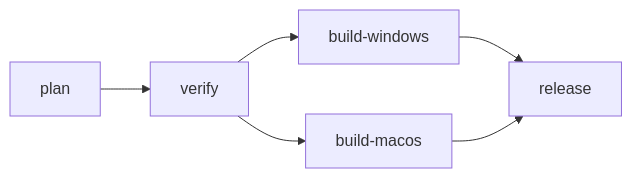
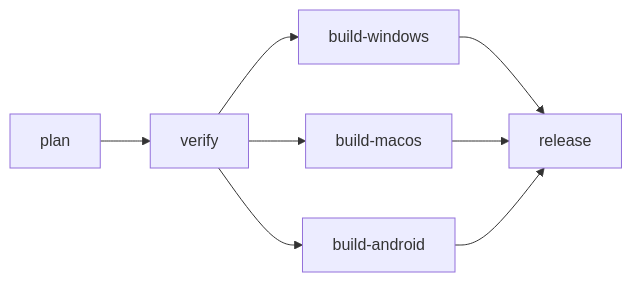
The second of 2 diagrams in docs/environment/setup.md (ousiassllc/swarm-viewer), drawn with Mermaid before and after one commit. The commit also changed other lines of this file and 14 other files, not shown here.

````diff
--- a/docs/environment/setup.md
+++ b/docs/environment/setup.md
@@ -198,8 +207,10 @@
 ```mermaid
 graph LR
     P[plan] --> V[verify]
     V --> W[build-windows]
     V --> M[build-macos]
+    V --> A[build-android]
     W --> R[release]
     M --> R
+    A --> R
 ```
````
